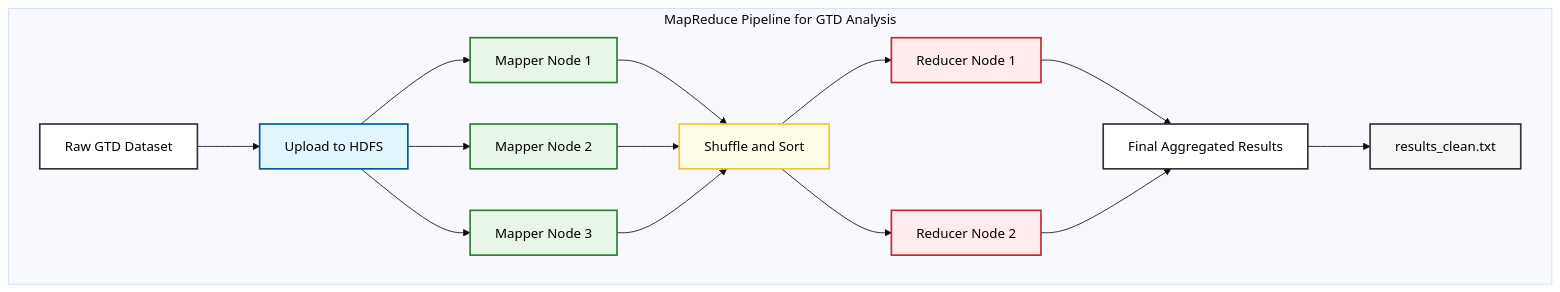
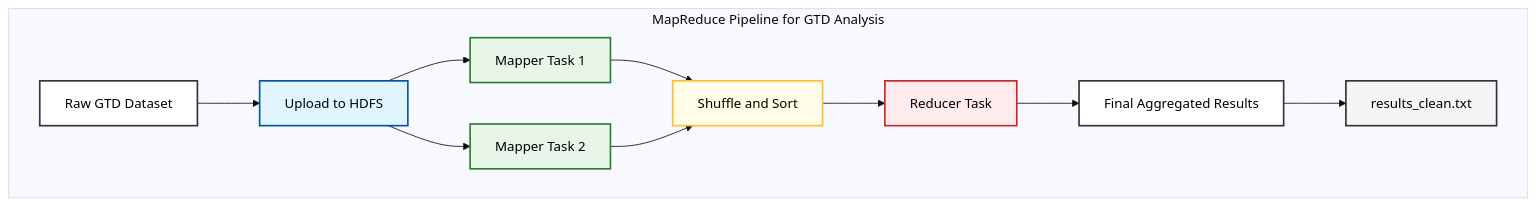
Before and after one commit to KumeshaRashmi/terrorism-hadoop-mapreduce-analysis: the diagram in README.md, drawn with Mermaid (base theme). The commit also changed other lines of this file, not shown here.

Commit message:
Update Java version and enhance architecture description
Updated Java version in README and clarified system architecture details.

````diff
--- a/README.md
+++ b/README.md
@@ -81,34 +81,28 @@
 ```mermaid
 flowchart TD
     subgraph Execution_Flow [MapReduce Pipeline for GTD Analysis]
     A[Raw GTD Dataset] --> B[Upload to HDFS]
 
-    B --> C1[Mapper Node 1]
-    B --> C2[Mapper Node 2]
-    B --> C3[Mapper Node 3]
+    B --> C1[Mapper Task 1]
+    B --> C2[Mapper Task 2]
 
     C1 --> D[Shuffle and Sort]
     C2 --> D
-    C3 --> D
 
-    D --> E1[Reducer Node 1]
-    D --> E2[Reducer Node 2]
+    D --> E[Reducer Task]
 
-    E1 --> F[Final Aggregated Results]
-    E2 --> F
+    E --> F[Final Aggregated Results]
 
     F --> G[results_clean.txt]
     end
 
-    %% Style definitions for White Background and Black Text
+    %% Style definitions
     style A fill:#ffffff,stroke:#333,stroke-width:2px,color:#000
     style B fill:#e1f5fe,stroke:#01579b,stroke-width:2px,color:#000
     style C1 fill:#e8f5e9,stroke:#2e7d32,stroke-width:2px,color:#000
     style C2 fill:#e8f5e9,stroke:#2e7d32,stroke-width:2px,color:#000
-    style C3 fill:#e8f5e9,stroke:#2e7d32,stroke-width:2px,color:#000
     style D fill:#fffde7,stroke:#fbc02d,stroke-width:2px,color:#000
-    style E1 fill:#ffebee,stroke:#c62828,stroke-width:2px,color:#000
-    style E2 fill:#ffebee,stroke:#c62828,stroke-width:2px,color:#000
+    style E fill:#ffebee,stroke:#c62828,stroke-width:2px,color:#000
     style F fill:#ffffff,stroke:#333,stroke-width:2px,color:#000
     style G fill:#f5f5f5,stroke:#333,stroke-width:2px,color:#000
 ```
````
